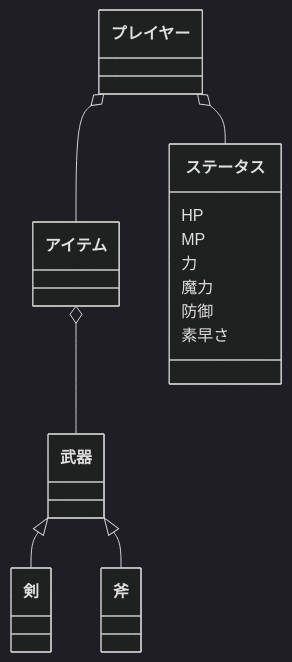
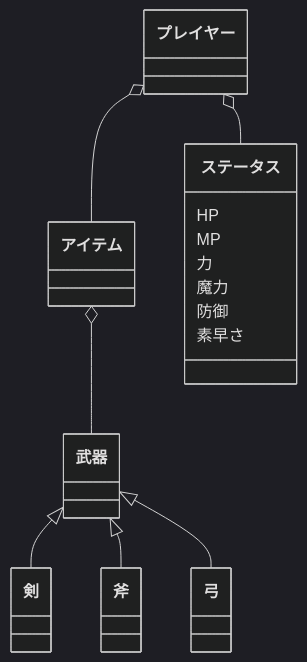
One commit to tpu-game-2023/mermaid_test changed the third of 3 diagrams in README.md. Above: the diagram before and after it, drawn with Mermaid (dark theme).

````diff
--- a/README.md
+++ b/README.md
@@ -67,14 +67,15 @@
 ```mermaid
 classDiagram
     プレイヤー o-- アイテム
     アイテム o-- 武器
     武器 <|-- 剣
     武器 <|-- 斧
+    武器 <|-- 弓
     プレイヤー  o-- ステータス
     ステータス : HP
     ステータス : MP
     ステータス : 力
     ステータス : 魔力
     ステータス : 防御
     ステータス : 素早さ
 ```
````
